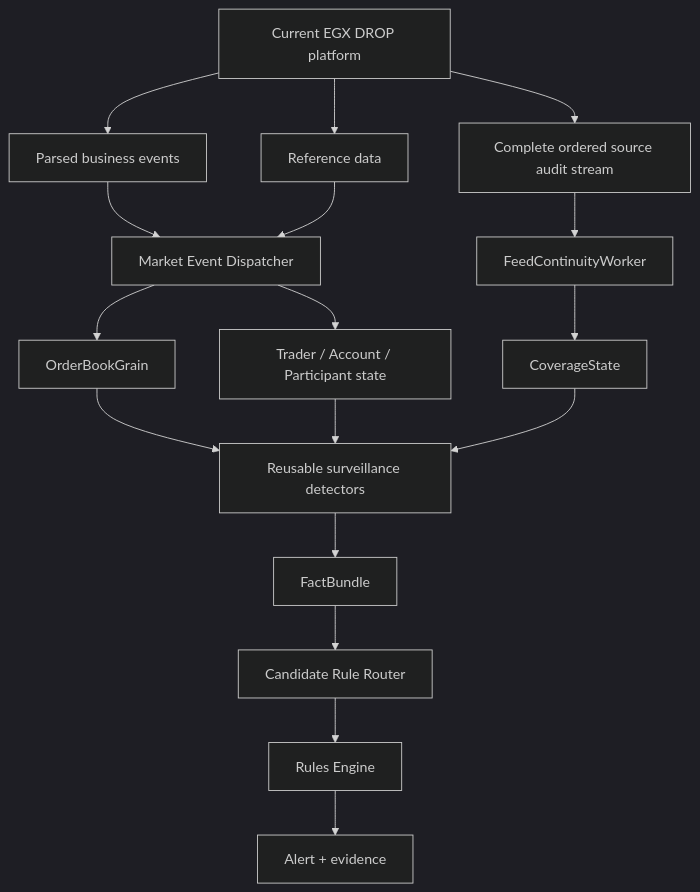
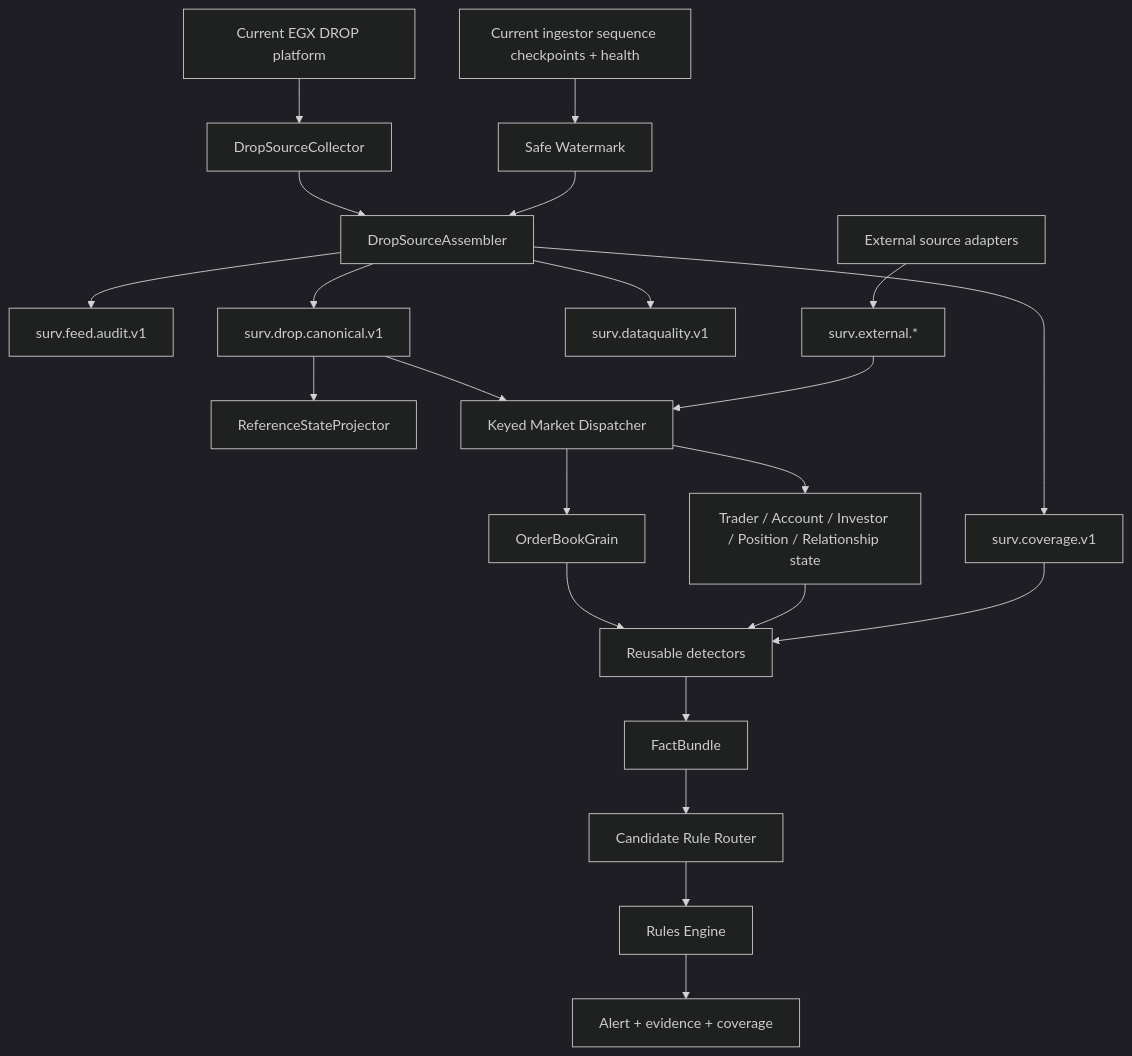
Before and after one commit to adnanelhabashy/surveillance-knowledge-base: the diagram in Market-Surveillance-Full-Plan-Doc-Refrence/Architecture/Implementation-Start/00 - Implementation Start Home.md, drawn with Mermaid (dark theme). The commit also changed other lines of this file, not shown here.

Commit message:
Expand implementation start graph for complete event model

````diff
--- a/Market-Surveillance-Full-Plan-Doc-Refrence/Architecture/Implementation-Start/00 - Implementation Start Home.md
+++ b/Market-Surveillance-Full-Plan-Doc-Refrence/Architecture/Implementation-Start/00 - Implementation Start Home.md
@@ -17,23 +17,30 @@
 ```mermaid
 flowchart TB
-    DROP[Current EGX DROP platform] --> AUDIT[Complete ordered source audit stream]
-    DROP --> EVENTS[Parsed business events]
-    DROP --> REF[Reference data]
+    DROP[Current EGX DROP platform] --> COL[DropSourceCollector]
+    REDIS[Current ingestor sequence checkpoints + health] --> WM[Safe Watermark]
+    COL --> ASM[DropSourceAssembler]
+    WM --> ASM
 
-    AUDIT --> CONT[FeedContinuityWorker]
-    CONT --> COVER[CoverageState]
+    ASM --> AUDIT[surv.feed.audit.v1]
+    ASM --> CANON[surv.drop.canonical.v1]
+    ASM --> COVER[surv.coverage.v1]
+    ASM --> DQ[surv.dataquality.v1]
 
-    EVENTS --> DISP[Market Event Dispatcher]
-    REF --> DISP
+    CANON --> REF[ReferenceStateProjector]
+    CANON --> DISP[Keyed Market Dispatcher]
+
+    EXT[External source adapters] --> EXTEVENTS[surv.external.*]
+    EXTEVENTS --> DISP
+
     DISP --> BOOK[OrderBookGrain]
-    DISP --> SUBJECT[Trader / Account / Participant state]
+    DISP --> SUBJECT[Trader / Account / Investor / Position / Relationship state]
 
-    BOOK --> DET[Reusable surveillance detectors]
+    BOOK --> DET[Reusable detectors]
     SUBJECT --> DET
     COVER --> DET
 
     DET --> FACTS[FactBundle]
     FACTS --> ROUTER[Candidate Rule Router]
     ROUTER --> RULES[Rules Engine]
-    RULES --> ALERT[Alert + evidence]
+    RULES --> ALERT[Alert + evidence + coverage]
 ```
````
